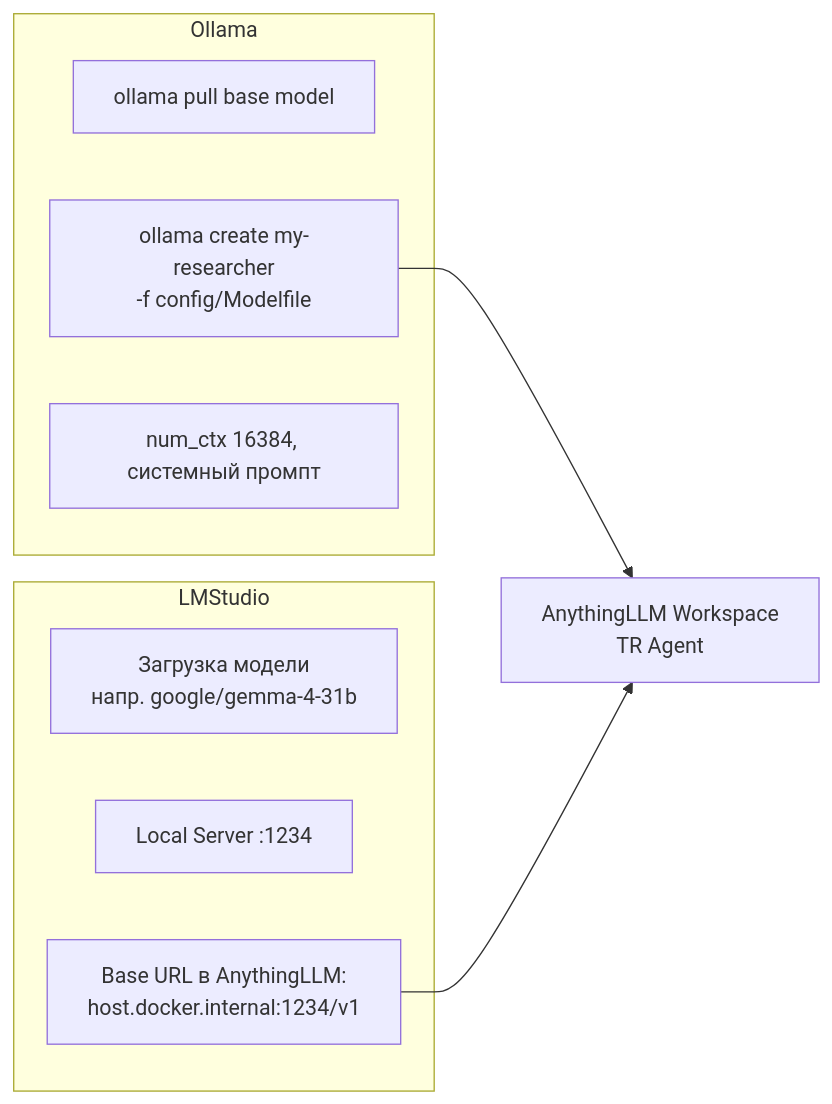
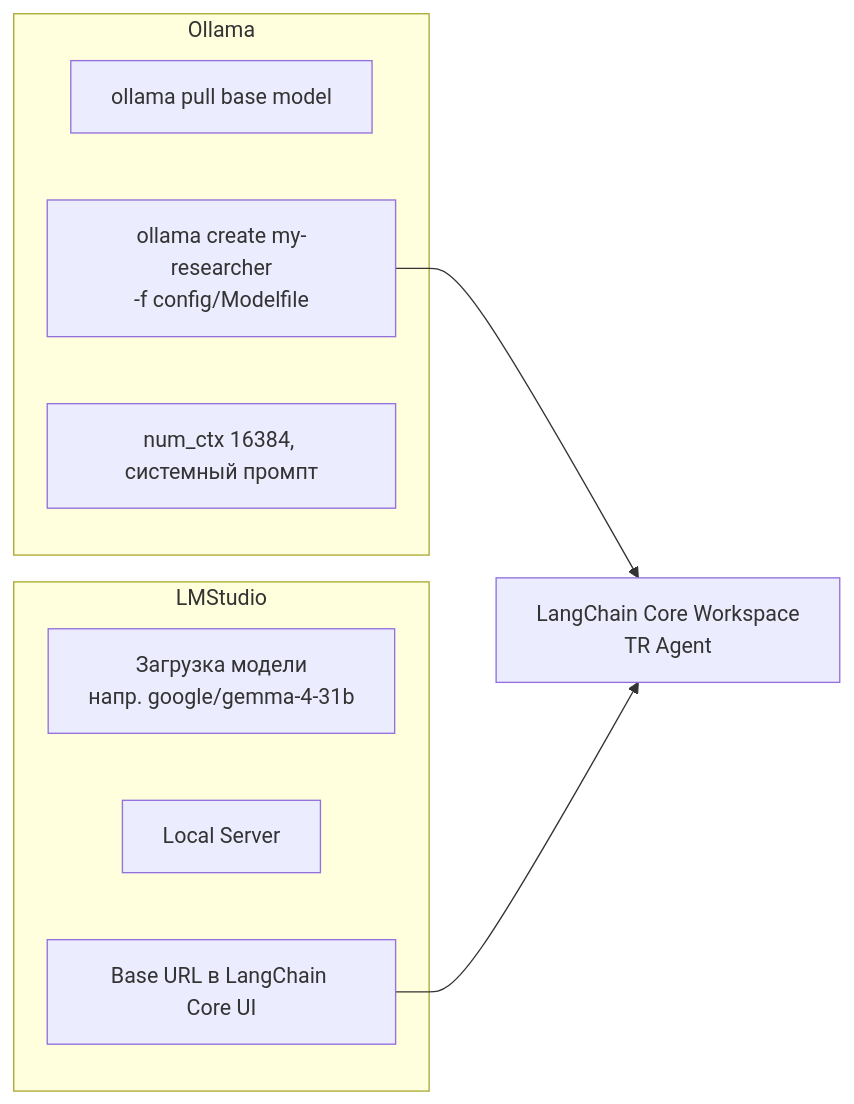
The sixth of 6 diagrams in docs/PRD.md (Boldurev16/TR-Agent), drawn with Mermaid before and after one commit. The commit also changed other lines of this file and 1 other file, not shown here.

Commit message:
Replace AnythingLLM with LangChain Core components and remove port references (PRD v1.0.3).

````diff
--- a/docs/PRD.md
+++ b/docs/PRD.md
@@ -352,17 +352,17 @@
 ```mermaid
 flowchart LR
     subgraph Ollama
         O1["ollama pull base model"]
         O2["ollama create my-researcher<br/>-f config/Modelfile"]
         O3["num_ctx 16384, системный промпт"]
     end
 
     subgraph LMStudio
         L1["Загрузка модели<br/>напр. google/gemma-4-31b"]
-        L2["Local Server :1234"]
-        L3["Base URL в AnythingLLM:<br/>host.docker.internal:1234/v1"]
+        L2["Local Server"]
+        L3["Base URL в LangChain Core UI"]
     end
 
-    O2 --> ALLM["AnythingLLM Workspace<br/>TR Agent"]
-    L3 --> ALLM
+    O2 --> RUNTIME["LangChain Core Workspace<br/>TR Agent"]
+    L3 --> RUNTIME
 ```
````
